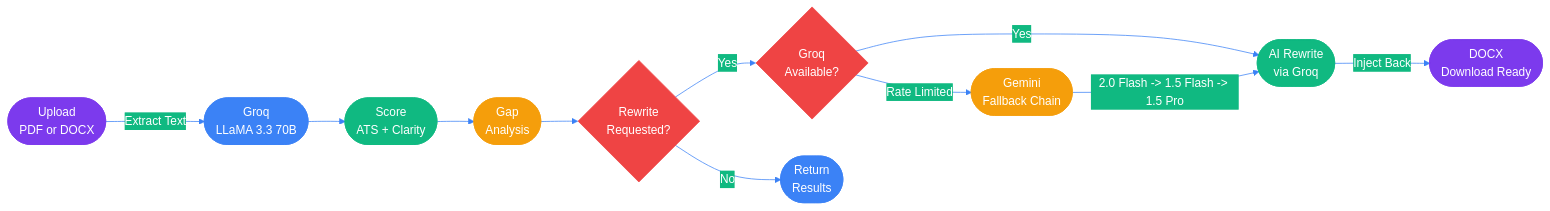
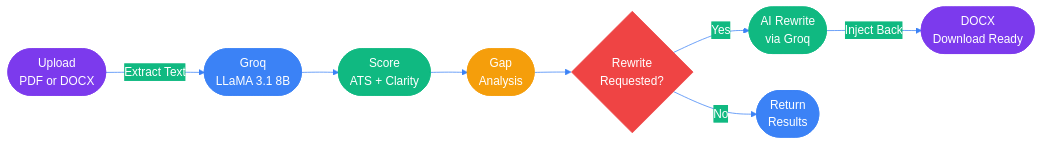
One commit to mananjani2102/Nexus-AI-charusat-hackathon changed the diagram in README.md. Above: the diagram before and after it, drawn with Mermaid. The commit also changed other lines of this file, not shown here.

````diff
--- a/README.md
+++ b/README.md
@@ -330,25 +399,20 @@
 ```mermaid
 %%{init: {'theme':'base','themeVariables':{'primaryColor':'#7C3AED','primaryTextColor':'#ffffff','primaryBorderColor':'#7C3AED','lineColor':'#3B82F6','secondaryColor':'#10B981','tertiaryColor':'#F59E0B','background':'#0d0d0d'}}}%%
 flowchart LR
-    A([Upload\nPDF or DOCX]) -->|Extract Text| B([Groq\nLLaMA 3.3 70B])
+    A([Upload\nPDF or DOCX]) -->|Extract Text| B([Groq\nLLaMA 3.1 8B])
     B --> C([Score\nATS + Clarity])
     C --> D([Gap\nAnalysis])
     D --> E{Rewrite\nRequested?}
-    E -->|Yes| F{Groq\nAvailable?}
+    E -->|Yes| G([AI Rewrite\nvia Groq])
     E -->|No| Z([Return\nResults])
-    F -->|Yes| G([AI Rewrite\nvia Groq])
-    F -->|Rate Limited| H([Gemini\nFallback Chain])
-    H -->|2.0 Flash -> 1.5 Flash -> 1.5 Pro| G
     G -->|Inject Back| I([DOCX\nDownload Ready])
 
     style A fill:#7C3AED,stroke:#7C3AED,color:#fff
     style B fill:#3B82F6,stroke:#3B82F6,color:#fff
     style C fill:#10B981,stroke:#10B981,color:#fff
     style D fill:#F59E0B,stroke:#F59E0B,color:#fff
     style E fill:#EF4444,stroke:#EF4444,color:#fff
-    style F fill:#EF4444,stroke:#EF4444,color:#fff
     style G fill:#10B981,stroke:#10B981,color:#fff
-    style H fill:#F59E0B,stroke:#F59E0B,color:#fff
     style I fill:#7C3AED,stroke:#7C3AED,color:#fff
     style Z fill:#3B82F6,stroke:#3B82F6,color:#fff
 ```
````
